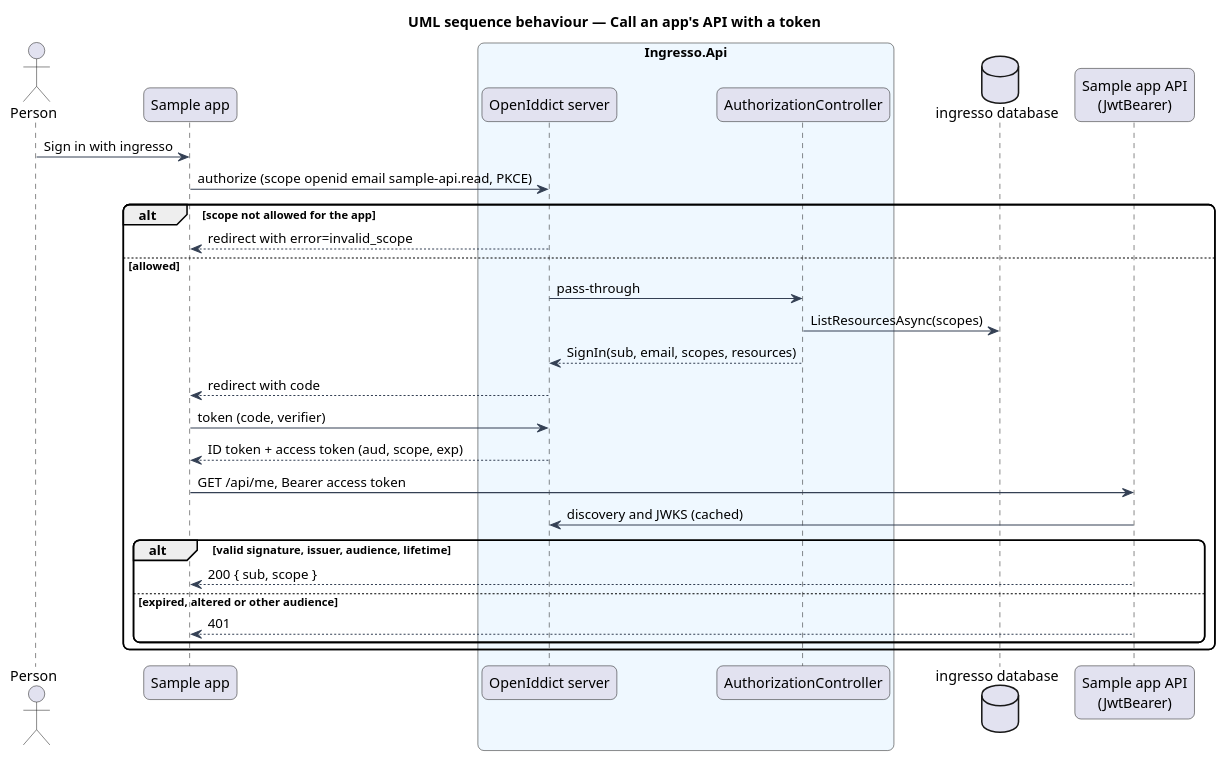
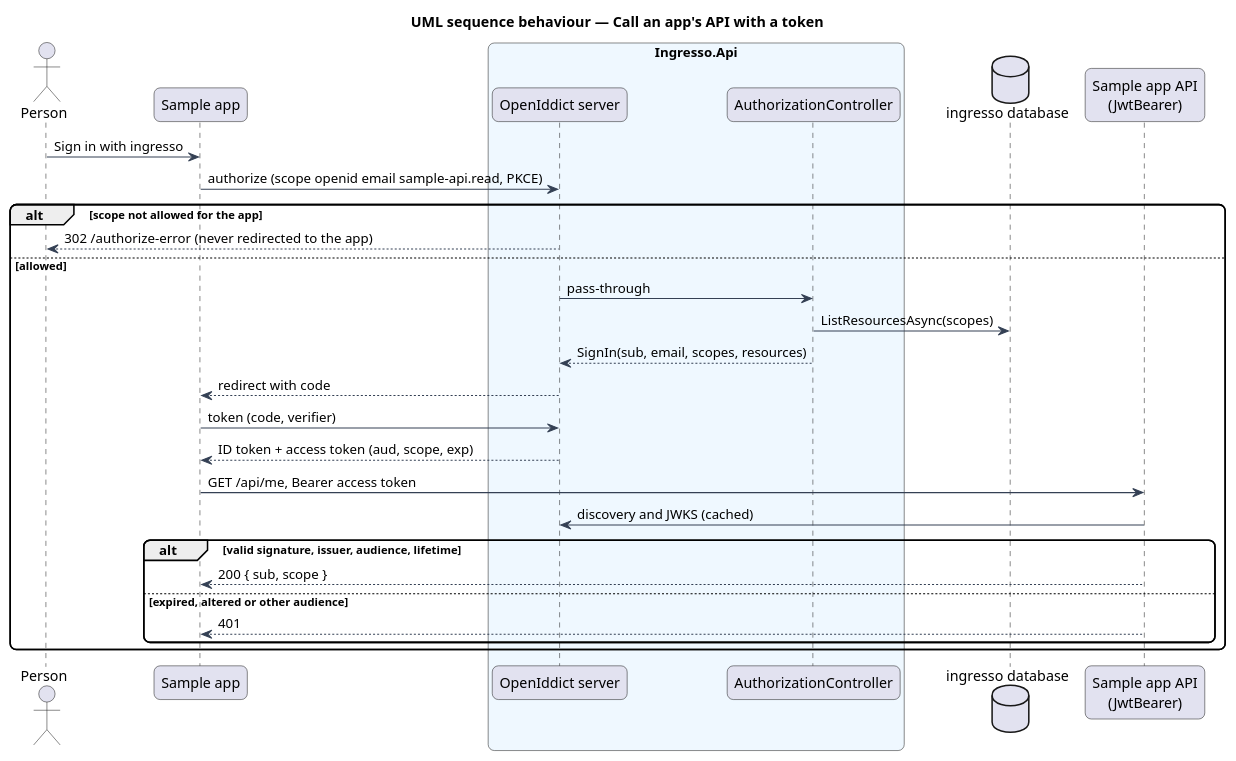
One commit to QuinntyneBrown/ingresso changed the diagram in docs/detailed-designs/identity-provider/protect-an-api/diagrams/sequence-call-api.puml. Above: the diagram before and after it, drawn with PlantUML. The commit also changed 8 other files, not shown here.

```diff
--- a/docs/detailed-designs/identity-provider/protect-an-api/diagrams/sequence-call-api.puml
+++ b/docs/detailed-designs/identity-provider/protect-an-api/diagrams/sequence-call-api.puml
@@ -1,35 +1,35 @@
 @startuml
 title UML sequence behaviour — Call an app's API with a token
 skinparam backgroundColor #FFFFFF
 skinparam shadowing false
 skinparam roundcorner 12
 skinparam defaultFontName Arial
 skinparam ArrowColor #344054
 actor "Person" as person
 participant "Sample app" as app
 box "Ingresso.Api" #EFF8FF
   participant "OpenIddict server" as oidc
   participant "AuthorizationController" as authz
 end box
 database "ingresso database" as db
 participant "Sample app API\n(JwtBearer)" as api
 person -> app : Sign in with ingresso
 app -> oidc : authorize (scope openid email sample-api.read, PKCE)
 alt scope not allowed for the app
-  oidc --> app : redirect with error=invalid_scope
+  oidc --> person : 302 /authorize-error (never redirected to the app)
 else allowed
   oidc -> authz : pass-through
   authz -> db : ListResourcesAsync(scopes)
   authz --> oidc : SignIn(sub, email, scopes, resources)
   oidc --> app : redirect with code
   app -> oidc : token (code, verifier)
   oidc --> app : ID token + access token (aud, scope, exp)
   app -> api : GET /api/me, Bearer access token
   api -> oidc : discovery and JWKS (cached)
   alt valid signature, issuer, audience, lifetime
     api --> app : 200 { sub, scope }
   else expired, altered or other audience
     api --> app : 401
   end
 end
 @enduml
```
